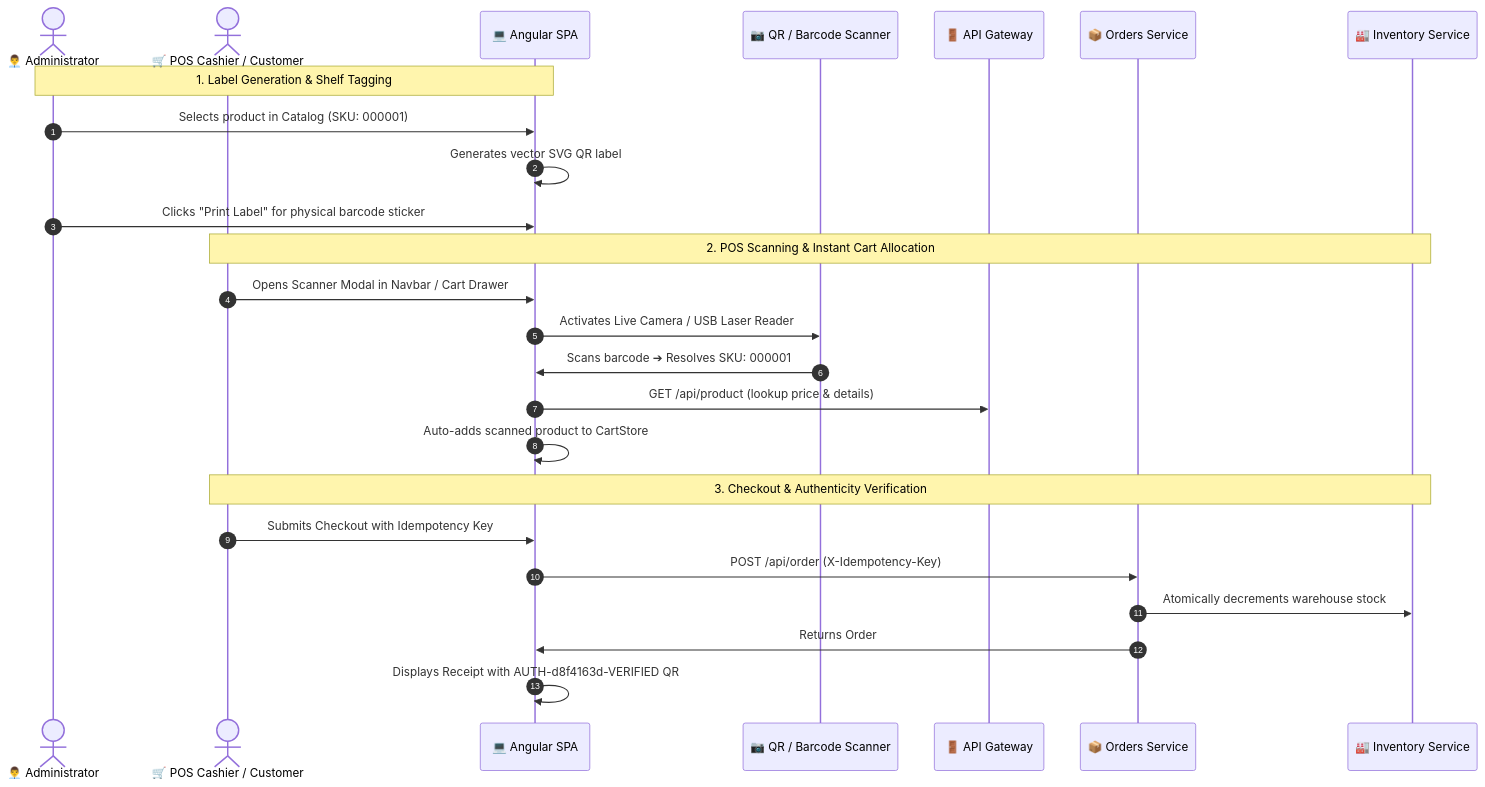
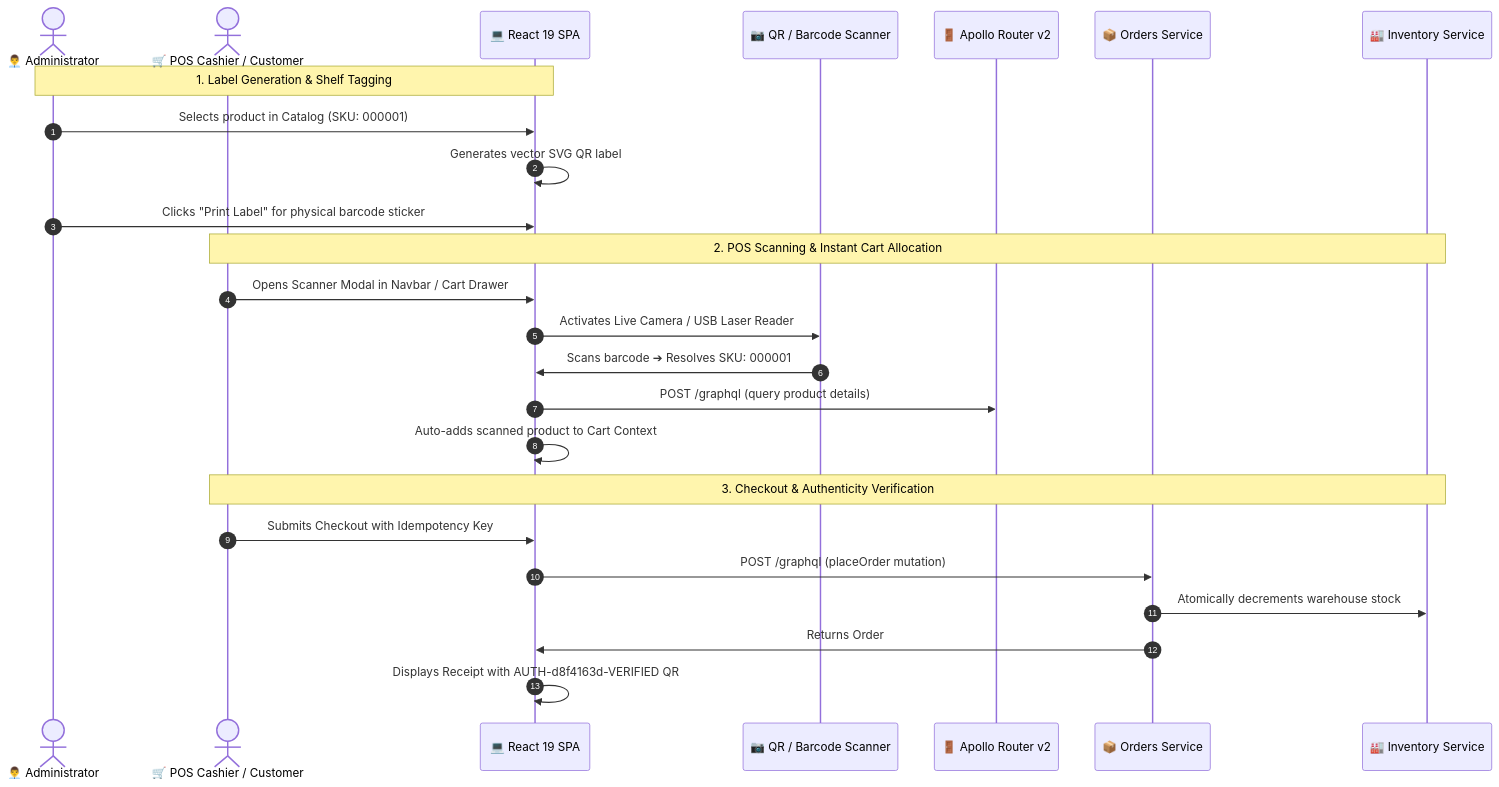
One commit to GeorgeGxx/microservices-architecture changed the fourth of 6 diagrams in docs/ARCHITECTURE.md. Above: the diagram before and after it, drawn with Mermaid. The commit also changed other lines of this file and 9 other files, not shown here.

First line of the commit message:
docs: update enterprise architecture diagrams and multi-cloud documentation

````diff
--- a/docs/ARCHITECTURE.md
+++ b/docs/ARCHITECTURE.md
@@ -306,30 +335,30 @@
 ```mermaid
 sequenceDiagram
     autonumber
     actor Admin as 👨‍💼 Administrator
     actor POS as 🛒 POS Cashier / Customer
-    participant SPA as 💻 Angular SPA
+    participant SPA as 💻 React 19 SPA
     participant Scanner as 📷 QR / Barcode Scanner
-    participant APIGW as 🚪 API Gateway
+    participant APIGW as 🚪 Apollo Router v2
     participant OrderMS as 📦 Orders Service
     participant InvMS as 🏭 Inventory Service
 
     Note over Admin, SPA: 1. Label Generation & Shelf Tagging
     Admin->>SPA: Selects product in Catalog (SKU: 000001)
     SPA->>SPA: Generates vector SVG QR label
     Admin->>SPA: Clicks "Print Label" for physical barcode sticker
 
     Note over POS, InvMS: 2. POS Scanning & Instant Cart Allocation
     POS->>SPA: Opens Scanner Modal in Navbar / Cart Drawer
     SPA->>Scanner: Activates Live Camera / USB Laser Reader
     Scanner->>SPA: Scans barcode ➔ Resolves SKU: 000001
-    SPA->>APIGW: GET /api/product (lookup price & details)
-    SPA->>SPA: Auto-adds scanned product to CartStore
+    SPA->>APIGW: POST /graphql (query product details)
+    SPA->>SPA: Auto-adds scanned product to Cart Context
 
     Note over POS, InvMS: 3. Checkout & Authenticity Verification
     POS->>SPA: Submits Checkout with Idempotency Key
-    SPA->>OrderMS: POST /api/order (X-Idempotency-Key)
+    SPA->>OrderMS: POST /graphql (placeOrder mutation)
     OrderMS->>InvMS: Atomically decrements warehouse stock
     OrderMS->>SPA: Returns Order #d8f4163d (Status: PLACED)
     SPA->>SPA: Displays Receipt with AUTH-d8f4163d-VERIFIED QR
 ```
````
